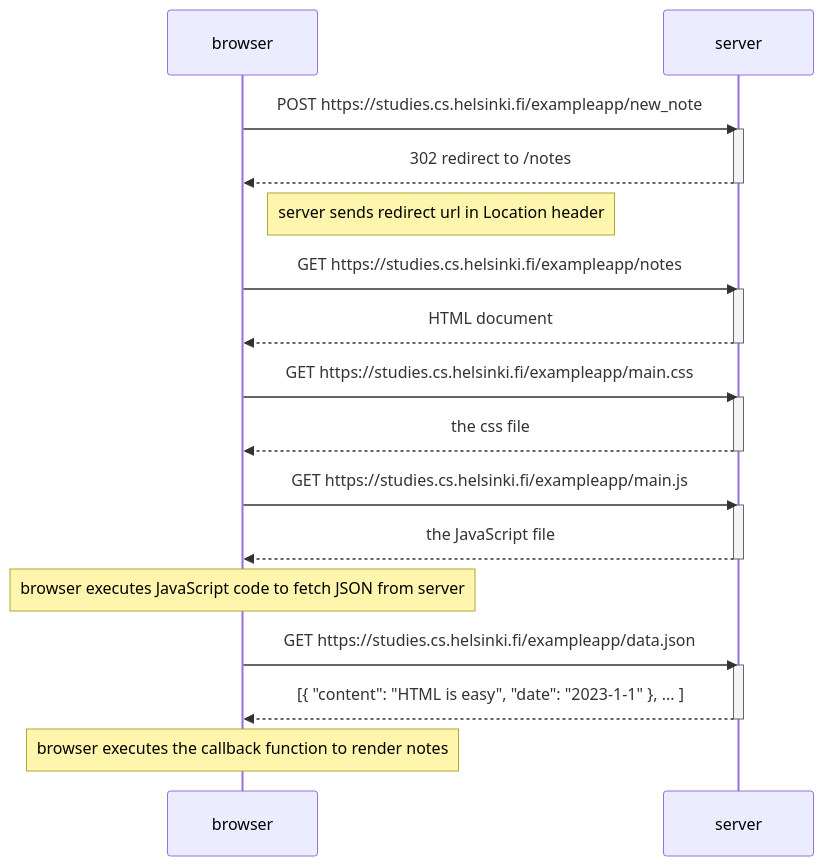
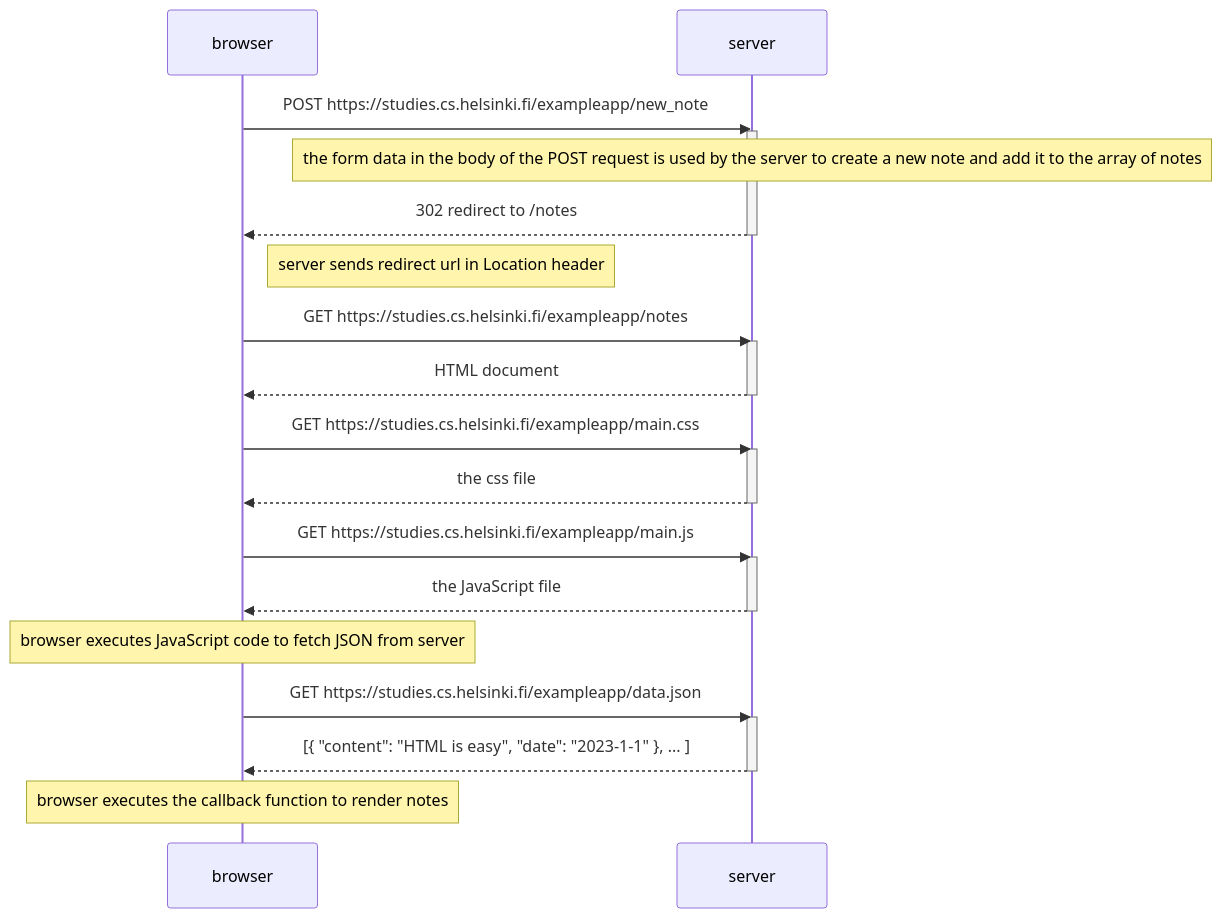
Before and after one commit to chrisaugust/full-stack-open: the diagram in part0/0.4_new_note_diagram.md, drawn with Mermaid.

Commit message:
Add an explanatory note to the new note diagram

````diff
--- a/part0/0.4_new_note_diagram.md
+++ b/part0/0.4_new_note_diagram.md
@@ -1,37 +1,38 @@
 ```mermaid
 sequenceDiagram
     participant browser
     participant server
 
     browser->>server: POST https://studies.cs.helsinki.fi/exampleapp/new_note
     activate server
+    note over server: the form data in the body of the POST request is used by the server to create a new note and add it to the array of notes
     server-->>browser: 302 redirect to /notes
     deactivate server
 
     Note right of browser: server sends redirect url in Location header 
 
     browser->>server: GET https://studies.cs.helsinki.fi/exampleapp/notes
     activate server
     server-->>browser: HTML document
     deactivate server
 
     browser->>server: GET https://studies.cs.helsinki.fi/exampleapp/main.css
     activate server
     server-->>browser: the css file
     deactivate server
 
     browser->>server: GET https://studies.cs.helsinki.fi/exampleapp/main.js
     activate server
     server-->>browser: the JavaScript file
     deactivate server
 
     Note over browser: browser executes JavaScript code to fetch JSON from server
 
     browser->>server: GET https://studies.cs.helsinki.fi/exampleapp/data.json
     activate server
     server-->>browser: [{ "content": "HTML is easy", "date": "2023-1-1" }, ... ]
     deactivate server
 
     Note over browser: browser executes the callback function to render notes
 
 ```
````
